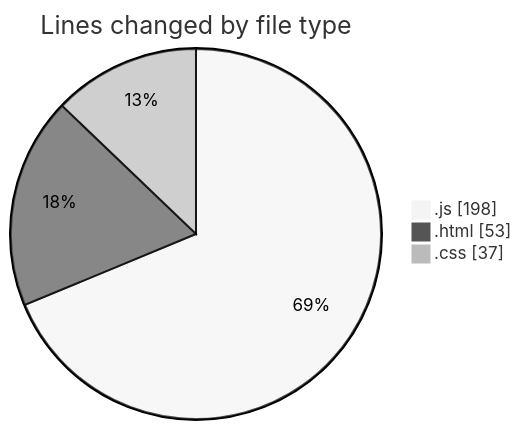
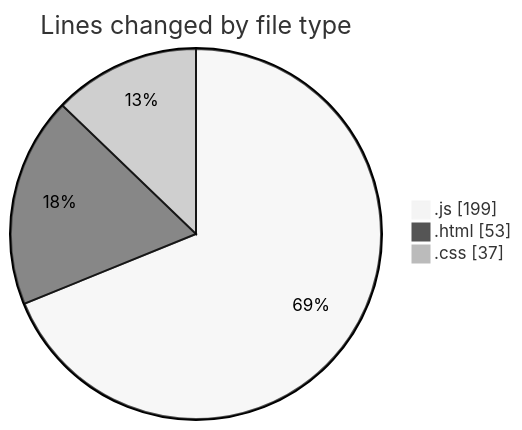
Before and after one commit to Ritupan-Deka/code-tracking: the first of 2 diagrams in 2025-01-24/projects/README.md, drawn with Mermaid (neutral theme). The commit also changed other lines of this file and 1 other file, not shown here.

````diff
--- a/2025-01-24/projects/README.md
+++ b/2025-01-24/projects/README.md
@@ -29,7 +29,7 @@
 ```mermaid
 pie showData
 title Lines changed by file type
-".js" : 198
+".js" : 199
 ".html" : 53
 ".css" : 37
 ```
````
